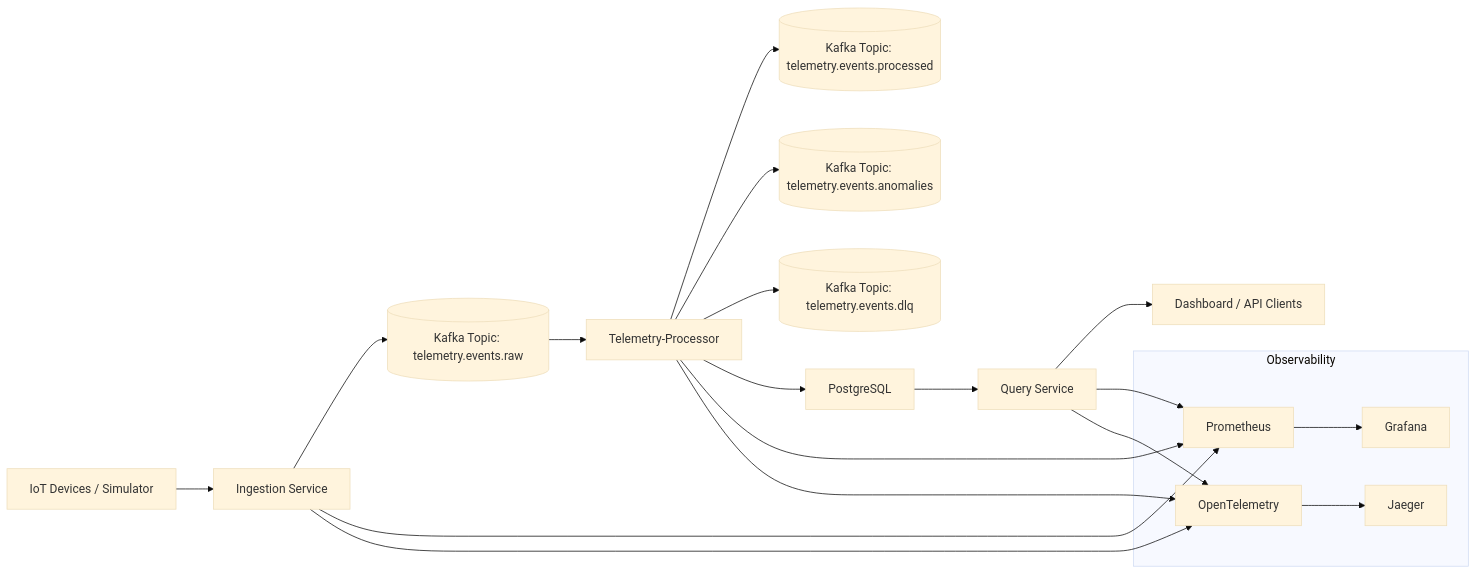
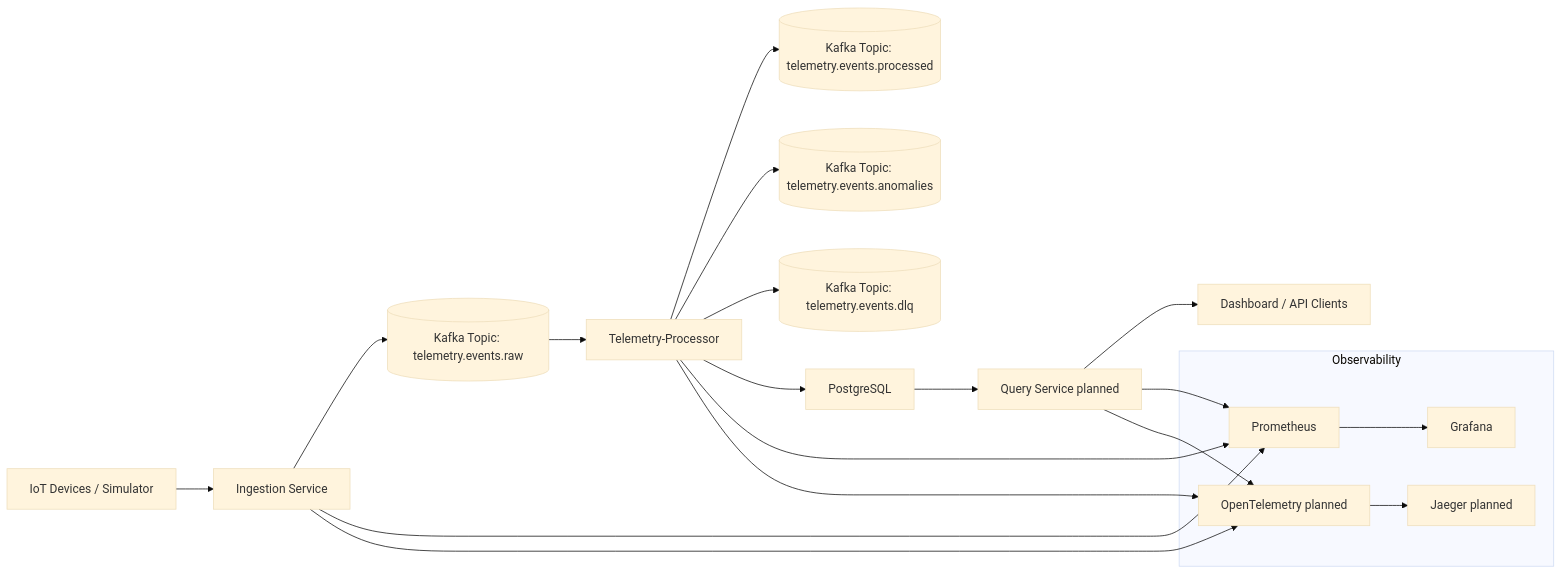
One commit to ME-Massine/pulsestream changed the diagram in docs/diagrams/system-architecture.md. Above: the diagram before and after it, drawn with Mermaid (base theme). The commit also changed 15 other files, not shown here.

````diff
--- a/docs/diagrams/system-architecture.md
+++ b/docs/diagrams/system-architecture.md
@@ -5,32 +5,32 @@
 ```mermaid
 flowchart LR
     A[IoT Devices / Simulator] --> B[Ingestion Service]
     B --> T1[(Kafka Topic: telemetry.events.raw)]
 
     T1 --> C[Telemetry-Processor]
     C --> T2[(Kafka Topic: telemetry.events.processed )]
     C --> T3[(Kafka Topic: telemetry.events.anomalies)]
     C --> T4[(Kafka Topic: telemetry.events.dlq)]
 
     C --> D[PostgreSQL]
-    D --> E[Query Service]
+    D --> E[Query Service planned]
     E --> F[Dashboard / API Clients]
 
     subgraph Observability
         P[Prometheus]
         G[Grafana]
-        O[OpenTelemetry]
-        J[Jaeger]
+        O[OpenTelemetry planned]
+        J[Jaeger planned]
     end
 
     B --> P
     C --> P
     E --> P
 
     B --> O
     C --> O
     E --> O
 
     P --> G
     O --> J
 ```
````
